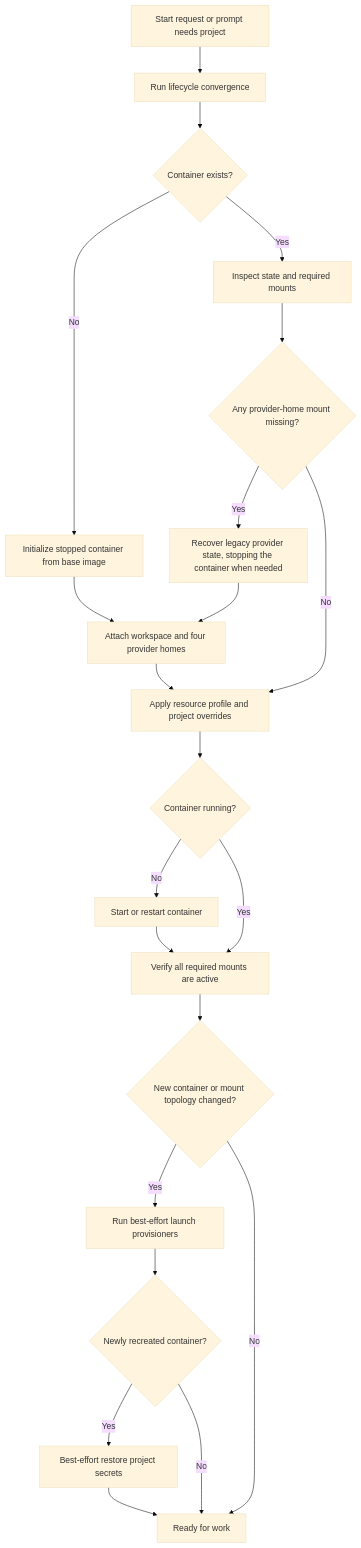
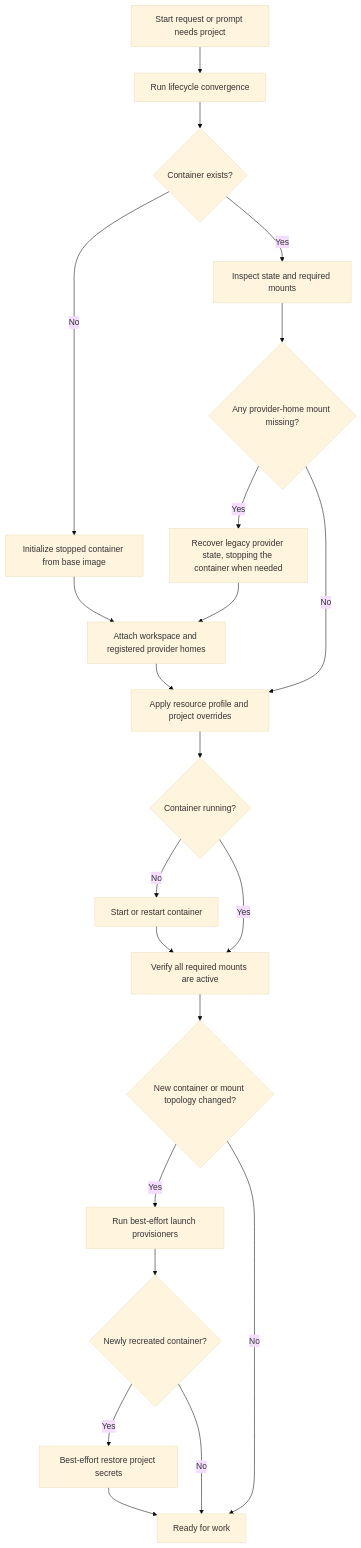
One commit to AbdallahMohamedDotnet/remote.futrx changed the fourth of 5 diagrams in docs/02-workspaces/03-projects-and-containers.md. Above: the diagram before and after it, drawn with Mermaid (base theme). The commit also changed other lines of this file and 26 other files, not shown here.

````diff
--- a/docs/02-workspaces/03-projects-and-containers.md
+++ b/docs/02-workspaces/03-projects-and-containers.md
@@ -119,24 +126,24 @@
 ```mermaid
 flowchart TD
     Start["Start request or prompt needs project"] --> Ensure["Run lifecycle convergence"]
     Ensure --> State{"Container exists?"}
     State -->|"No"| Init["Initialize stopped container from base image"]
     State -->|"Yes"| Inspect["Inspect state and required mounts"]
-    Init --> Attach["Attach workspace and four provider homes"]
+    Init --> Attach["Attach workspace and registered provider homes"]
     Inspect --> Missing{"Any provider-home mount missing?"}
     Missing -->|"Yes"| Migrate["Recover legacy provider state, stopping the container when needed"]
     Migrate --> Attach
     Missing -->|"No"| Limits["Apply resource profile and project overrides"]
     Attach --> Limits
     Limits --> Running{"Container running?"}
     Running -->|"No"| Resume["Start or restart container"]
     Running -->|"Yes"| Verify["Verify all required mounts are active"]
     Resume --> Verify
     Verify --> Changed{"New container or mount topology changed?"}
     Changed -->|"Yes"| Provision["Run best-effort launch provisioners"]
     Changed -->|"No"| Ready["Ready for work"]
     Provision --> Recreated{"Newly recreated container?"}
     Recreated -->|"Yes"| Env["Best-effort restore project secrets"]
     Recreated -->|"No"| Ready
     Env --> Ready
 ```
````
